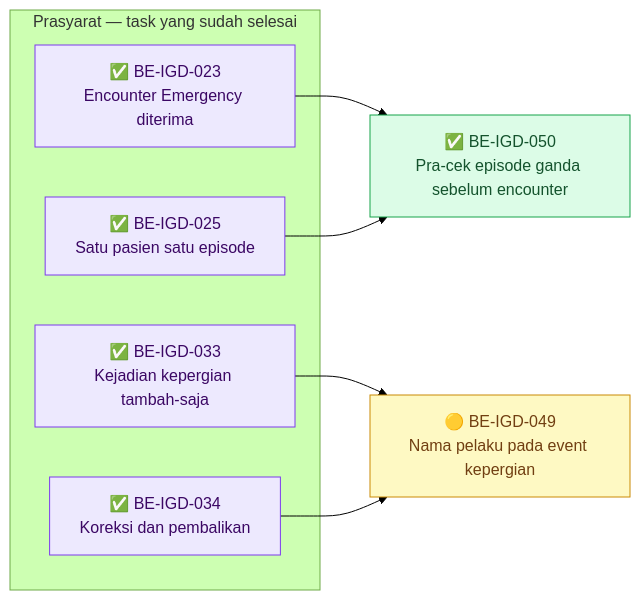
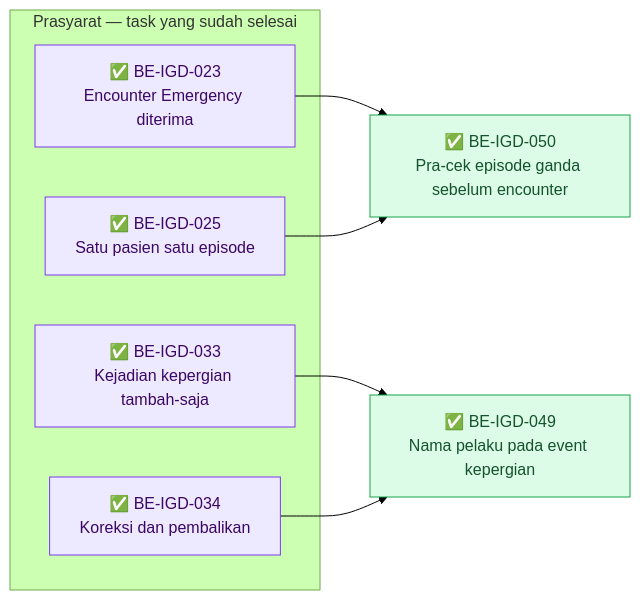
The ninth of 9 diagrams in docs/module-blueprints/igd/roadmap/backend-roadmap.md (DevBenari/NewQuilvianSystemBackend), drawn with Mermaid (forest theme) before and after one commit. The commit also changed other lines of this file and 5 other files, not shown here.

````diff
--- a/docs/module-blueprints/igd/roadmap/backend-roadmap.md
+++ b/docs/module-blueprints/igd/roadmap/backend-roadmap.md
@@ -1604,23 +1604,23 @@
 ```mermaid
 flowchart LR
     classDef selesai fill:#DCFCE7,stroke:#16A34A,color:#14532D
     classDef sebagian fill:#FEF9C3,stroke:#CA8A04,color:#713F12
     classDef terblokir fill:#FEE2E2,stroke:#DC2626,color:#7F1D1D
     classDef belum fill:#F1F5F9,stroke:#64748B,color:#0F172A
     classDef luar fill:#EDE9FE,stroke:#7C3AED,color:#3B0764
 
     subgraph prasyarat["Prasyarat — task yang sudah selesai"]
         BEIGD023["✅ BE-IGD-023<br/>Encounter Emergency diterima"]:::luar
         BEIGD025["✅ BE-IGD-025<br/>Satu pasien satu episode"]:::luar
         BEIGD033["✅ BE-IGD-033<br/>Kejadian kepergian tambah-saja"]:::luar
         BEIGD034["✅ BE-IGD-034<br/>Koreksi dan pembalikan"]:::luar
     end
 
-    BEIGD049["🟡 BE-IGD-049<br/>Nama pelaku pada event kepergian"]:::sebagian
+    BEIGD049["✅ BE-IGD-049<br/>Nama pelaku pada event kepergian"]:::selesai
     BEIGD050["✅ BE-IGD-050<br/>Pra-cek episode ganda sebelum encounter"]:::selesai
 
     BEIGD033 --> BEIGD049
     BEIGD034 --> BEIGD049
     BEIGD023 --> BEIGD050
     BEIGD025 --> BEIGD050
 ```
````
